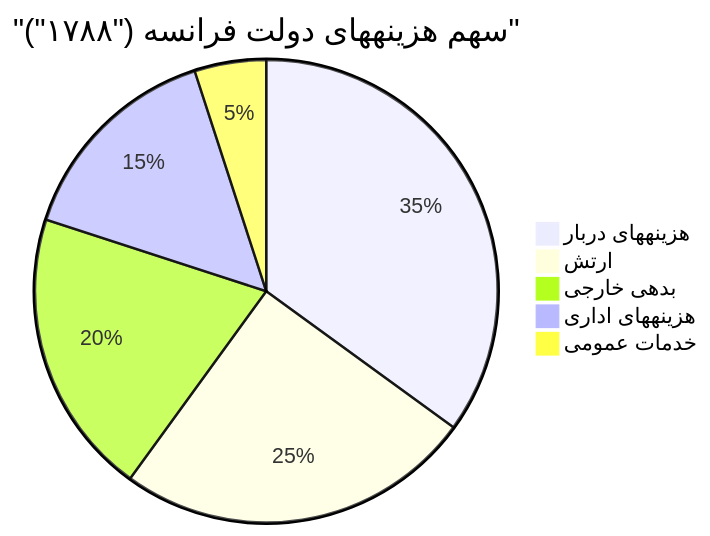
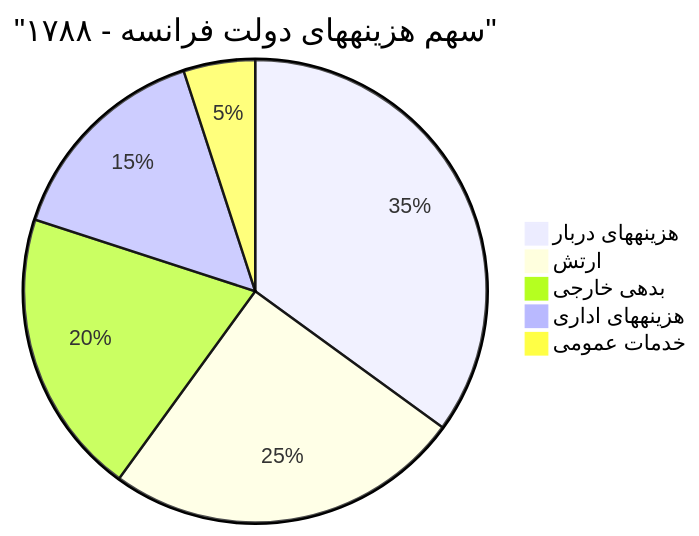
Diagram 23 of 52 in src/content/Archive/Chart-test.mdx (mahhdy/MahdiSalem.com), drawn with Mermaid before and after one commit. The commit also changed other lines of this file and 38 other files, not shown here.

First line of the commit message:
Mermaid Graphs Fixed .. shadow couart some adjustments and text review is done.. telegram Feed is optimized

````diff
--- a/src/content/Archive/Chart-test.mdx
+++ b/src/content/Archive/Chart-test.mdx
@@ -1107,8 +1106,8 @@
 ```mermaid 
-pie title "سهم هزینههای دولت فرانسه ("۱۷۸۸")"
+pie title "سهم هزینههای دولت فرانسه  - ۱۷۸۸"
     "هزینههای دربار" : 35
     "ارتش" : 25
     "بدهی خارجی" : 20
     "هزینههای اداری" : 15
     "خدمات عمومی" : 5
 ```
````
